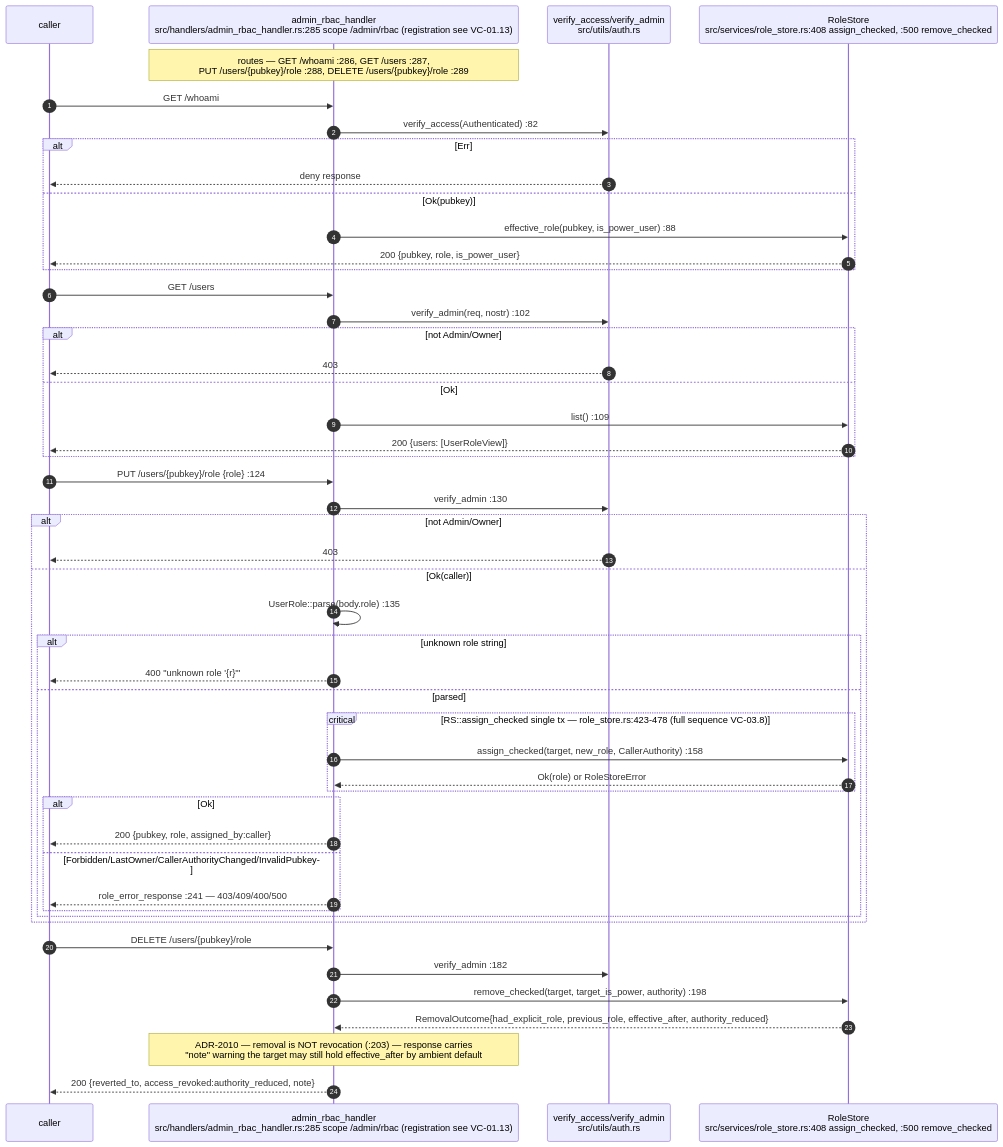
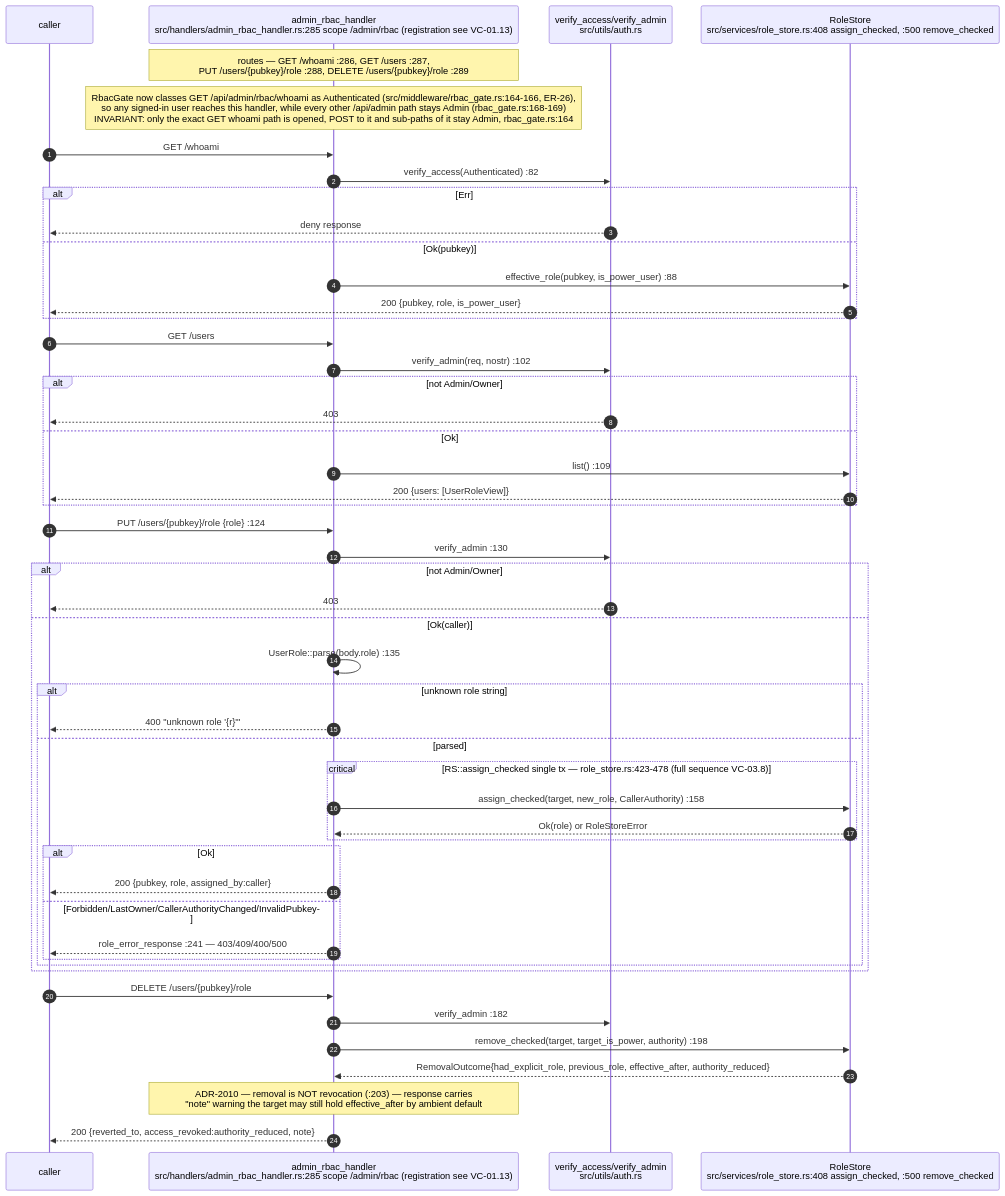
The first of 15 diagrams in docs/diagrams/visionclaw/05-handlers-governance-and-identity.md (DreamLab-AI/VisionFlow), drawn with Mermaid before and after one commit. The commit also changed other lines of this file and 160 other files, not shown here.

````diff
--- a/docs/diagrams/visionclaw/05-handlers-governance-and-identity.md
+++ b/docs/diagrams/visionclaw/05-handlers-governance-and-identity.md
@@ -61,52 +61,53 @@
 ```mermaid
 sequenceDiagram
     autonumber
     participant C as caller
     participant H as admin_rbac_handler<br/>src/handlers/admin_rbac_handler.rs:285 scope /admin/rbac (registration see VC-01.13)
     participant VA as verify_access/verify_admin<br/>src/utils/auth.rs
     participant RS as RoleStore<br/>src/services/role_store.rs:408 assign_checked, :500 remove_checked
 
     Note over H: routes — GET /whoami :286, GET /users :287,<br/>PUT /users/{pubkey}/role :288, DELETE /users/{pubkey}/role :289
+    Note over H: RbacGate now classes GET /api/admin/rbac/whoami as Authenticated (src/middleware/rbac_gate.rs:164-166, ER-26),<br/>so any signed-in user reaches this handler, while every other /api/admin path stays Admin (rbac_gate.rs:168-169)<br/>INVARIANT: only the exact GET whoami path is opened, POST to it and sub-paths of it stay Admin, rbac_gate.rs:164
     C->>H: GET /whoami
     H->>VA: verify_access(Authenticated) :82
     alt Err
         VA-->>C: deny response
     else Ok(pubkey)
         H->>RS: effective_role(pubkey, is_power_user) :88
         RS-->>C: 200 {pubkey, role, is_power_user}
     end
     C->>H: GET /users
     H->>VA: verify_admin(req, nostr) :102
     alt not Admin/Owner
         VA-->>C: 403
     else Ok
         H->>RS: list() :109
         RS-->>C: 200 {users: [UserRoleView]}
     end
     C->>H: PUT /users/{pubkey}/role {role} :124
     H->>VA: verify_admin :130
     alt not Admin/Owner
         VA-->>C: 403
     else Ok(caller)
         H->>H: UserRole::parse(body.role) :135
         alt unknown role string
             H-->>C: 400 "unknown role '{r}'"
         else parsed
             critical RS::assign_checked single tx — role_store.rs:423-478 (full sequence VC-03.8)
                 H->>RS: assign_checked(target, new_role, CallerAuthority) :158
                 RS-->>H: Ok(role) or RoleStoreError
             end
             alt Ok
                 H-->>C: 200 {pubkey, role, assigned_by:caller}
             else Forbidden/LastOwner/CallerAuthorityChanged/InvalidPubkey
                 H-->>C: role_error_response :241 — 403/409/400/500
             end
         end
     end
     C->>H: DELETE /users/{pubkey}/role
     H->>VA: verify_admin :182
     H->>RS: remove_checked(target, target_is_power, authority) :198
     RS-->>H: RemovalOutcome{had_explicit_role, previous_role, effective_after, authority_reduced}
     Note over H: ADR-2010 — removal is NOT revocation (:203) — response carries<br/>"note" warning the target may still hold effective_after by ambient default
     H-->>C: 200 {reverted_to, access_revoked:authority_reduced, note}
 ```
````
